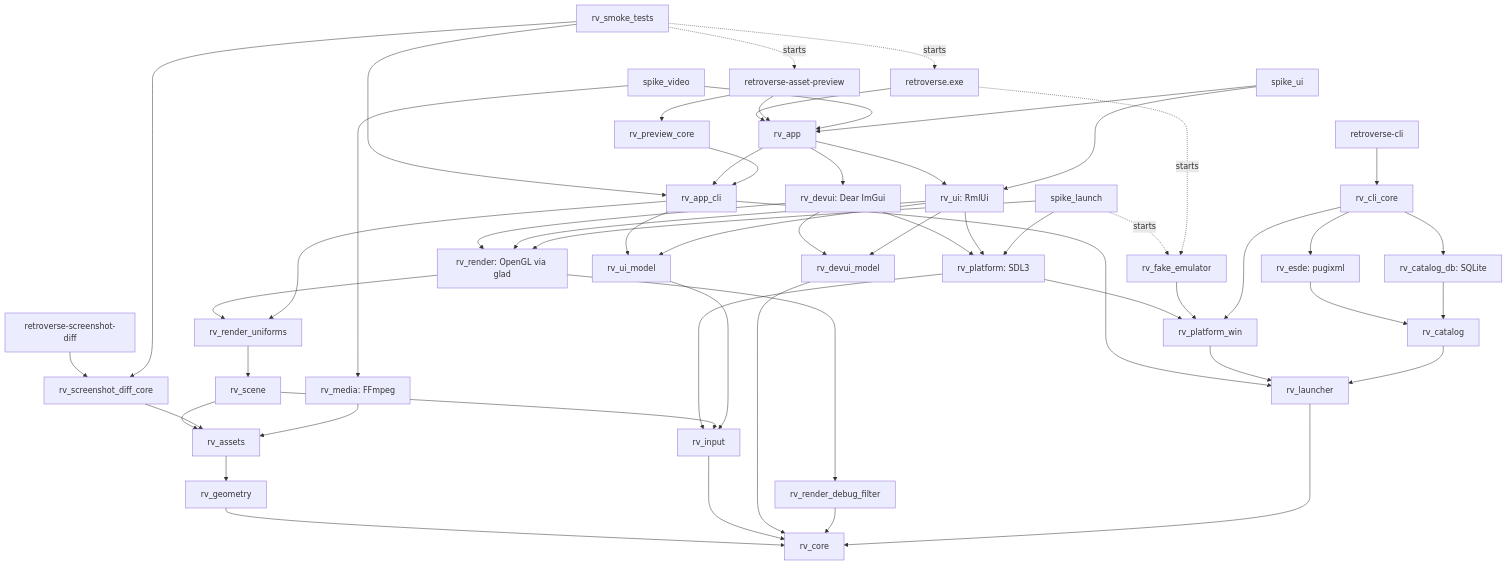
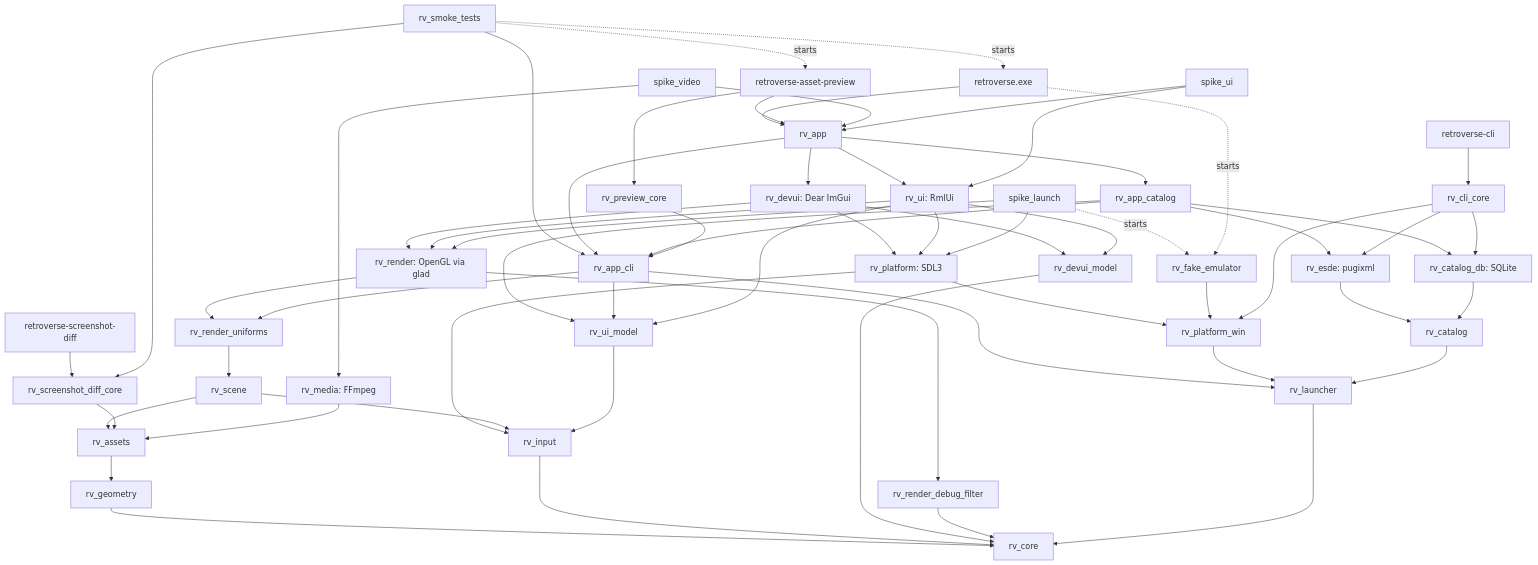
The diagram in docs/architecture.md (pingumen96/retroverse), drawn with Mermaid before and after one commit. The commit also changed other lines of this file and 4 other files, not shown here.

Commit message:
docs: I2 step 14 (wip), step 13 folded into CLAUDE.md, architecture, ADR-0005, ADR-0008 and BACKLOG; 13r moves to I3

````diff
--- a/docs/architecture.md
+++ b/docs/architecture.md
@@ -70,58 +71,63 @@
 ```mermaid
 flowchart TD
     retroverse[retroverse.exe] --> app[rv_app]
     preview[retroverse-asset-preview] --> app
     preview --> previewCore[rv_preview_core]
     diffTool[retroverse-screenshot-diff] --> diffCore[rv_screenshot_diff_core]
     smoke[rv_smoke_tests] -. starts .-> retroverse
     smoke -. starts .-> preview
     smoke --> diffCore
     smoke --> appCli
     app --> devui[rv_devui: Dear ImGui]
     app --> ui
     app --> appCli[rv_app_cli]
+    app --> appCatalog[rv_app_catalog]
+    appCatalog --> appCli
+    appCatalog --> esde
+    appCatalog --> catalogDb
+    appCatalog --> uiModel
     devui --> render[rv_render: OpenGL via glad]
     devui --> platform[rv_platform: SDL3]
     devui --> devuiModel[rv_devui_model]
     render --> uniforms[rv_render_uniforms]
     render --> debugFilter[rv_render_debug_filter]
     previewCore --> appCli
     appCli --> uniforms
     appCli --> launcher
     appCli --> uiModel
     uniforms --> scene[rv_scene]
     platform --> input[rv_input]
     scene --> assets[rv_assets]
     scene --> input
     diffCore --> assets
     assets --> geometry[rv_geometry]
     geometry --> core[rv_core]
     input --> core
     devuiModel --> core
     debugFilter --> core
     spikeVideo[spike_video] --> app
     spikeVideo --> media[rv_media: FFmpeg]
     media --> assets
     spikeUi[spike_ui] --> ui[rv_ui: RmlUi]
     spikeUi --> app
     ui --> uiModel[rv_ui_model]
     ui --> render
     ui --> platform
     ui --> devuiModel
     uiModel --> input
     spikeLaunch[spike_launch] --> platform
     spikeLaunch --> render
     spikeLaunch -. starts .-> fakeEmulator[rv_fake_emulator]
     retroverse -. starts .-> fakeEmulator
     platform --> platformWin[rv_platform_win]
     platformWin --> launcher[rv_launcher]
     fakeEmulator --> platformWin
     launcher --> core
     cli[retroverse-cli] --> cliCore[rv_cli_core]
     cliCore --> esde[rv_esde: pugixml]
     cliCore --> catalogDb[rv_catalog_db: SQLite]
     cliCore --> platformWin
     esde --> catalog[rv_catalog]
     catalogDb --> catalog
     catalog --> launcher
 ```
````
